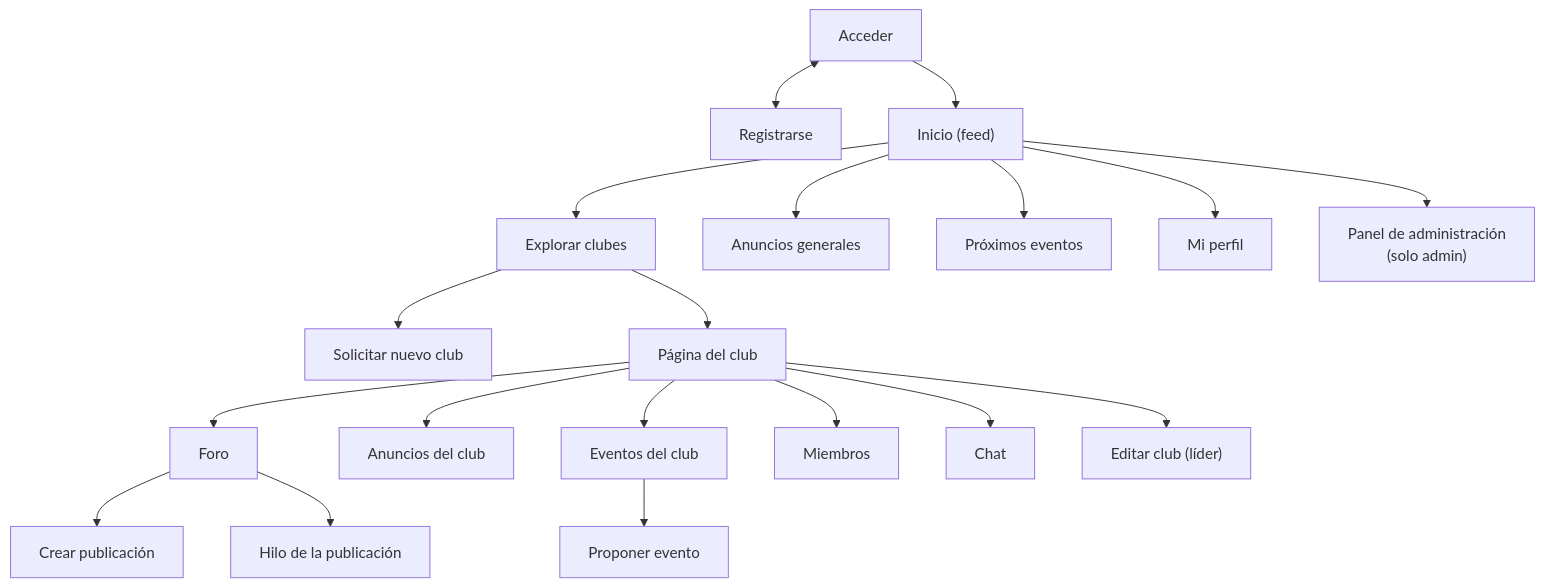
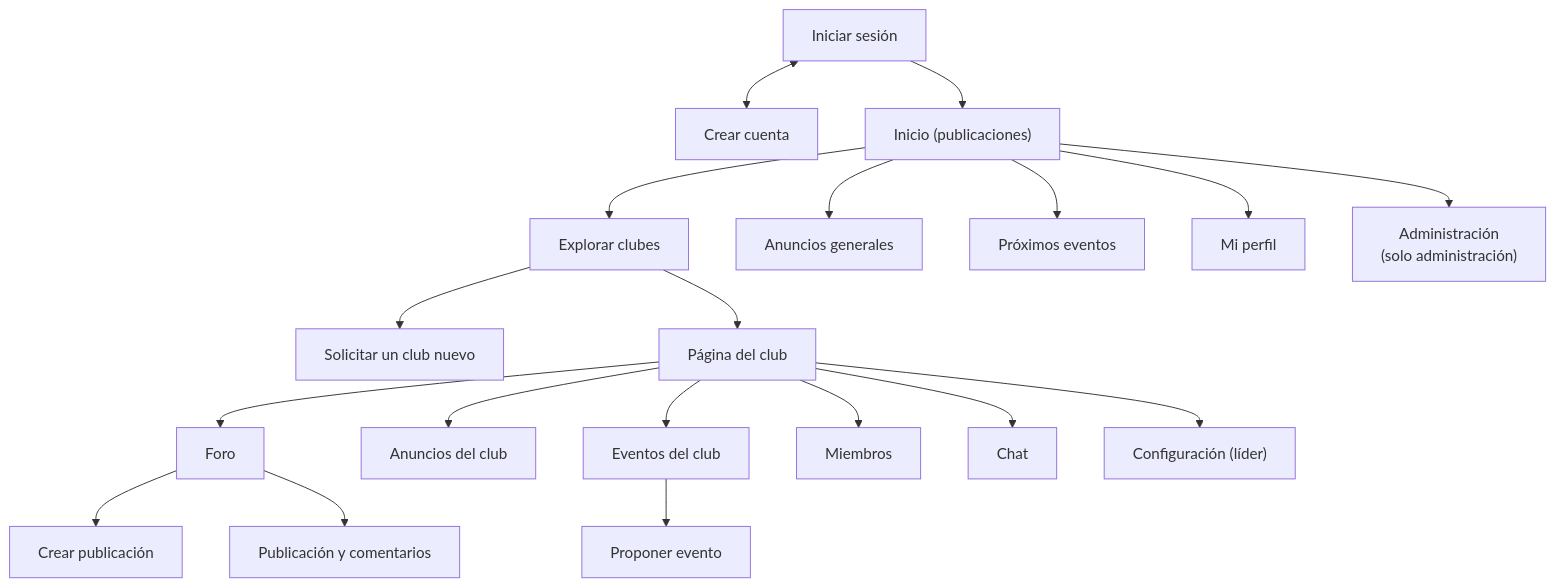
The diagram in docs/06_diseno_interfaz.md (Lis-carl/Vortex_club-s), drawn with Mermaid before and after one commit. The commit also changed other lines of this file and 61 other files, not shown here.

````diff
--- a/docs/06_diseno_interfaz.md
+++ b/docs/06_diseno_interfaz.md
@@ -48,21 +49,21 @@
 ```mermaid
 flowchart TD
-    ACC["Acceder"] <--> REG["Registrarse"]
-    ACC --> INI["Inicio (feed)"]
+    ACC["Iniciar sesión"] <--> REG["Crear cuenta"]
+    ACC --> INI["Inicio (publicaciones)"]
     INI --> EXP["Explorar clubes"]
     INI --> ANG["Anuncios generales"]
     INI --> EVE["Próximos eventos"]
     INI --> PER["Mi perfil"]
-    INI --> ADM["Panel de administración<br/>(solo admin)"]
-    EXP --> SOL["Solicitar nuevo club"]
+    INI --> ADM["Administración<br/>(solo administración)"]
+    EXP --> SOL["Solicitar un club nuevo"]
     EXP --> CLU["Página del club"]
     CLU --> FOR["Foro"]
     CLU --> ANC["Anuncios del club"]
     CLU --> EVC["Eventos del club"]
     CLU --> MIE["Miembros"]
     CLU --> CHA["Chat"]
-    CLU --> EDI["Editar club (líder)"]
+    CLU --> EDI["Configuración (líder)"]
     FOR --> PUB["Crear publicación"]
-    FOR --> HIL["Hilo de la publicación"]
+    FOR --> HIL["Publicación y comentarios"]
     EVC --> PRO["Proponer evento"]
 ```
````
